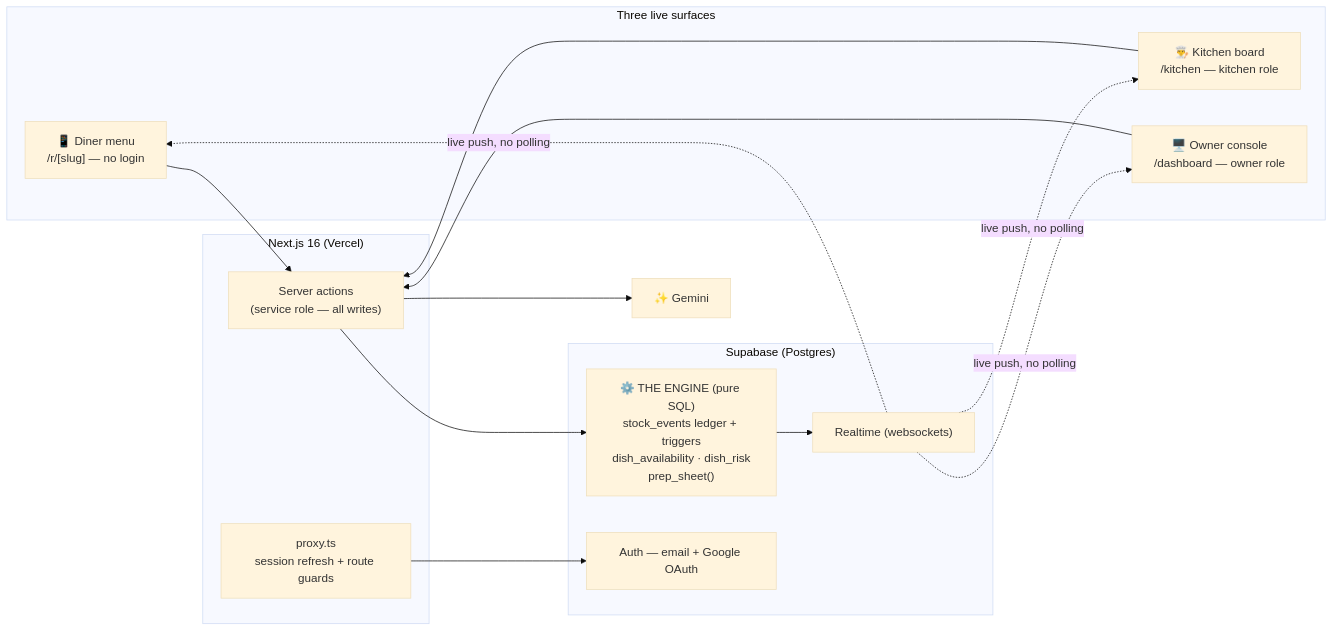
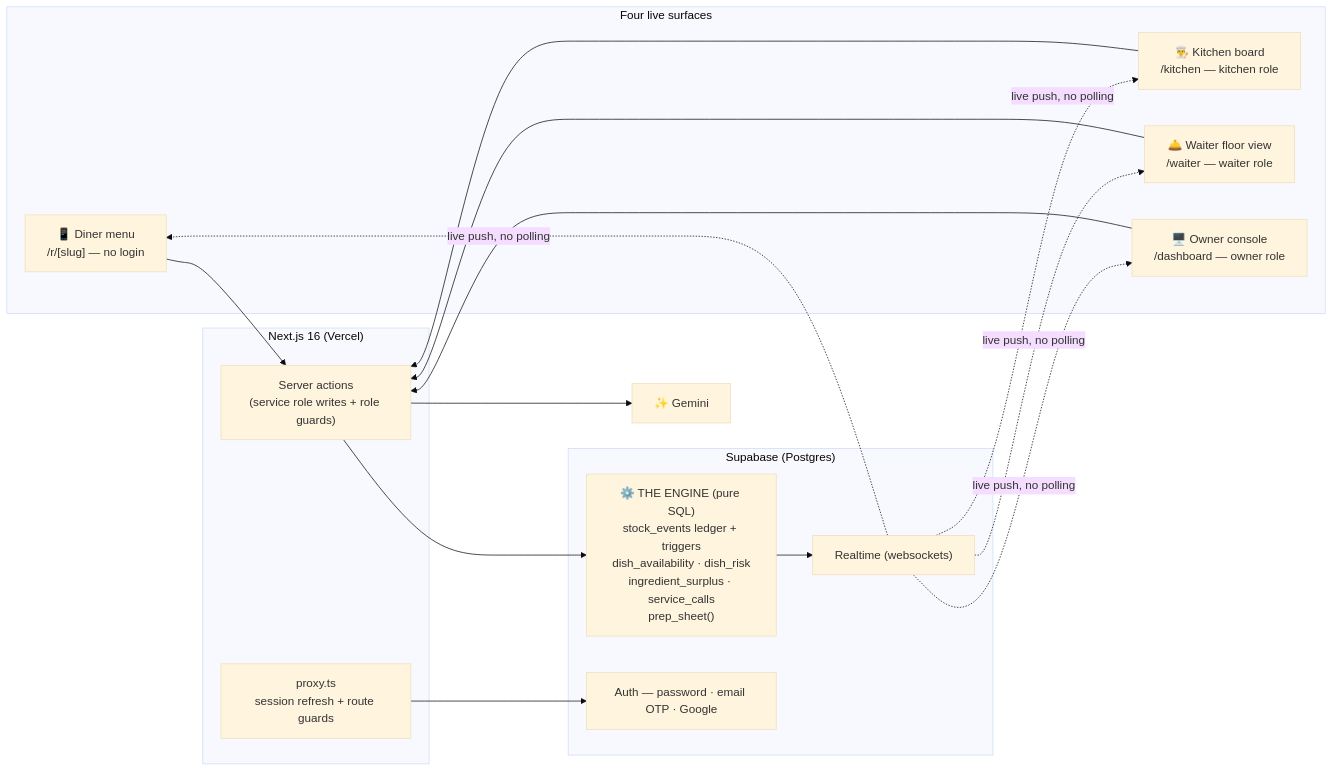
One commit to uttampreet-dev/EightySix changed the first of 2 diagrams in docs/ARCHITECTURE.md. Above: the diagram before and after it, drawn with Mermaid (base theme). The commit also changed other lines of this file and 3 other files, not shown here.

````diff
--- a/docs/ARCHITECTURE.md
+++ b/docs/ARCHITECTURE.md
@@ -16,28 +16,29 @@
 ```mermaid
 flowchart LR
-    subgraph Screens["Three live surfaces"]
+    subgraph Screens["Four live surfaces"]
         DINER["📱 Diner menu<br/>/r/[slug] — no login"]
         KITCHEN["👨‍🍳 Kitchen board<br/>/kitchen — kitchen role"]
+        WAITER["🛎️ Waiter floor view<br/>/waiter — waiter role"]
         CONSOLE["🖥️ Owner console<br/>/dashboard — owner role"]
     end
 
     subgraph Next["Next.js 16 (Vercel)"]
-        SA["Server actions<br/>(service role — all writes)"]
+        SA["Server actions<br/>(service role writes + role guards)"]
         PROXY["proxy.ts<br/>session refresh + route guards"]
     end
 
     subgraph Supabase["Supabase (Postgres)"]
-        ENGINE["⚙️ THE ENGINE (pure SQL)<br/>stock_events ledger + triggers<br/>dish_availability · dish_risk<br/>prep_sheet()"]
+        ENGINE["⚙️ THE ENGINE (pure SQL)<br/>stock_events ledger + triggers<br/>dish_availability · dish_risk<br/>ingredient_surplus · service_calls<br/>prep_sheet()"]
         RT["Realtime (websockets)"]
-        AUTH["Auth — email + Google OAuth"]
+        AUTH["Auth — password · email OTP · Google"]
     end
 
     GEMINI["✨ Gemini"]
 
-    DINER & KITCHEN & CONSOLE --> SA
+    DINER & KITCHEN & WAITER & CONSOLE --> SA
     SA --> ENGINE
     SA --> GEMINI
     ENGINE --> RT
-    RT -.->|live push, no polling| DINER & KITCHEN & CONSOLE
+    RT -.->|live push, no polling| DINER & KITCHEN & WAITER & CONSOLE
     PROXY --> AUTH
 ```
````
